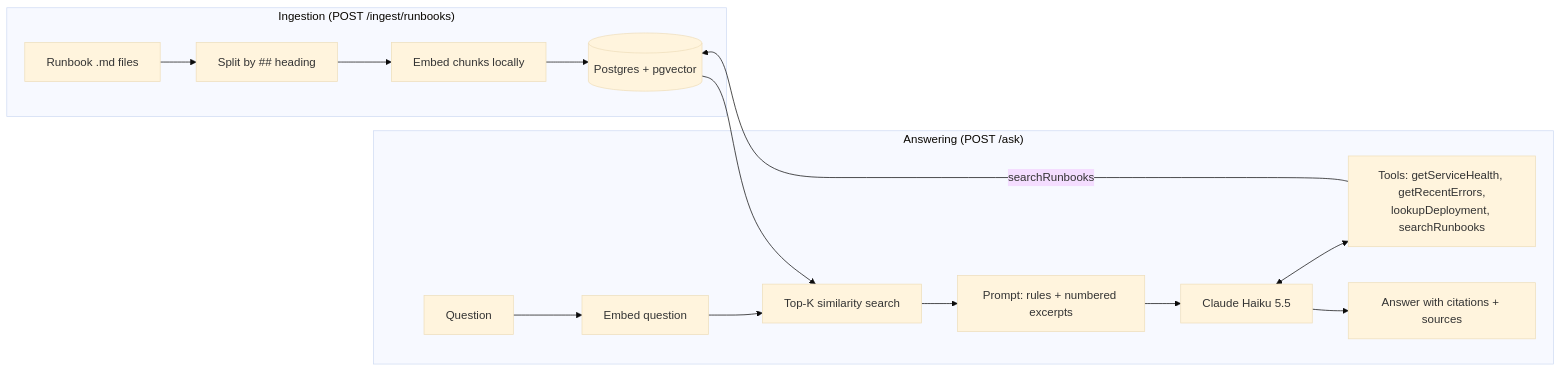
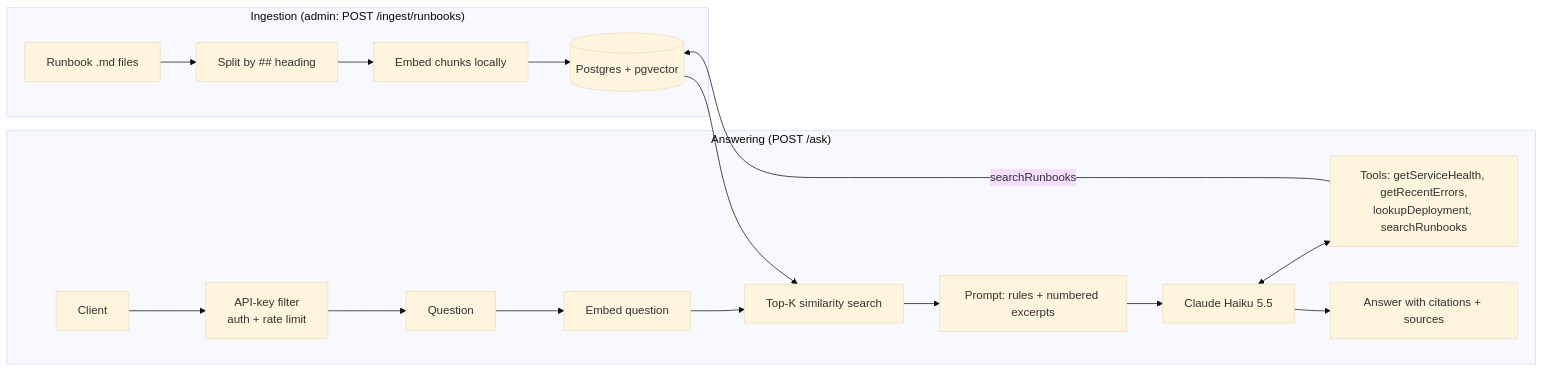
The diagram in README.md (Pragatitiwar/incident-assistant), drawn with Mermaid (base theme) before and after one commit. The commit also changed other lines of this file and 4 other files, not shown here.

````diff
--- a/README.md
+++ b/README.md
@@ -18,18 +27,20 @@
 ```mermaid
 flowchart LR
-    subgraph Ingestion["Ingestion (POST /ingest/runbooks)"]
+    subgraph Ingestion["Ingestion (admin: POST /ingest/runbooks)"]
         A[Runbook .md files] --> B[Split by ## heading]
         B --> C[Embed chunks locally]
         C --> D[(Postgres + pgvector)]
     end
     subgraph Answering["Answering (POST /ask)"]
-        Q[Question] --> E[Embed question]
-        E --> F[Top-K similarity search]
-        D --> F
-        F --> G[Prompt: rules + numbered excerpts]
+        K[Client] --> F["API-key filter<br/>auth + rate limit"]
+        F --> Q[Question]
+        Q --> E[Embed question]
+        E --> S[Top-K similarity search]
+        D --> S
+        S --> G[Prompt: rules + numbered excerpts]
         G --> H[Claude Haiku 5.5]
         H <--> T["Tools: getServiceHealth, getRecentErrors,<br/>lookupDeployment, searchRunbooks"]
         T -->|searchRunbooks| D
         H --> R["Answer with citations + sources"]
     end
 ```
````
